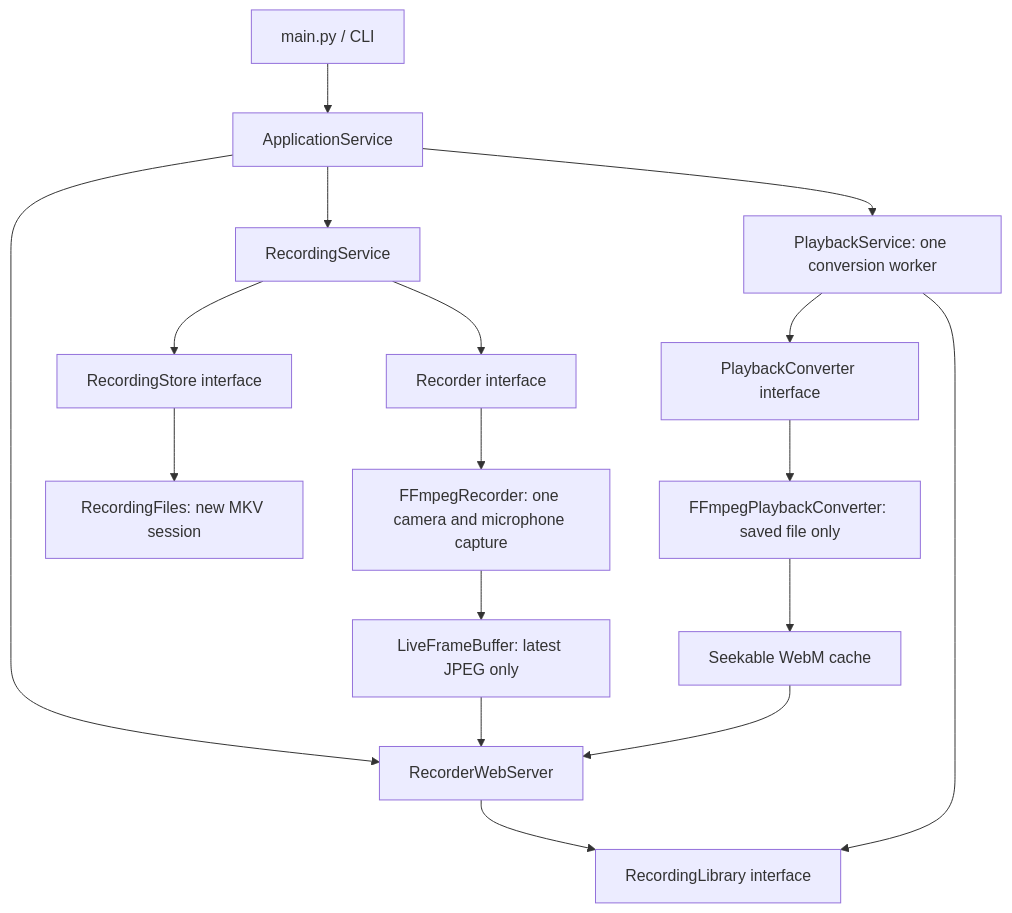
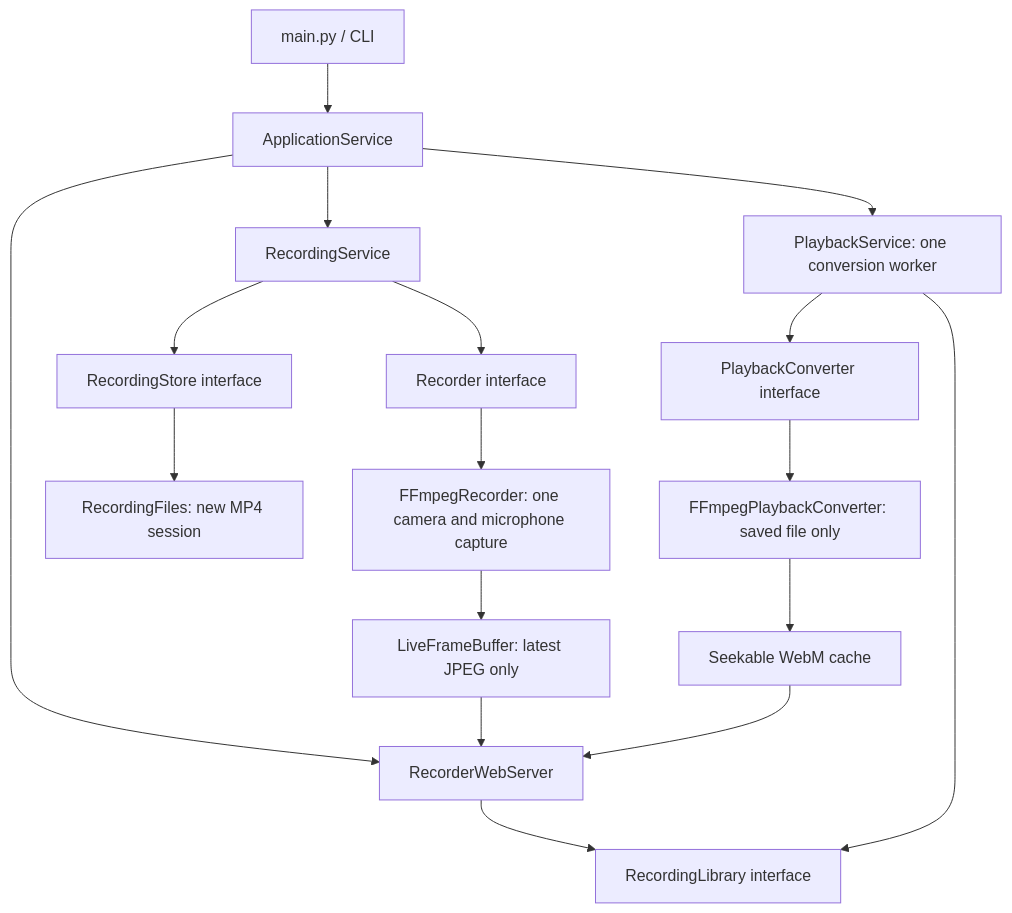
The diagram in README.md (laimis-dev/raspbery-fpv-camera-recorder), drawn with Mermaid before and after one commit. The commit also changed other lines of this file and 11 other files, not shown here.

````diff
--- a/README.md
+++ b/README.md
@@ -204,19 +247,19 @@
 ```mermaid
 flowchart TD
     Main[main.py / CLI] --> App[ApplicationService]
     App --> Recording[RecordingService]
     App --> Web[RecorderWebServer]
     App --> Playback[PlaybackService: one conversion worker]
     Recording --> RecorderPort[Recorder interface]
     Recording --> StoragePort[RecordingStore interface]
     RecorderPort --> Capture[FFmpegRecorder: one camera and microphone capture]
-    StoragePort --> Files[RecordingFiles: new MKV session]
+    StoragePort --> Files[RecordingFiles: new MP4 session]
     Capture --> Frames[LiveFrameBuffer: latest JPEG only]
     Frames --> Web
     Web --> Library[RecordingLibrary interface]
     Playback --> Library
     Playback --> ConverterPort[PlaybackConverter interface]
     ConverterPort --> Converter[FFmpegPlaybackConverter: saved file only]
     Converter --> Cache[Seekable WebM cache]
     Cache --> Web
 ```
````
